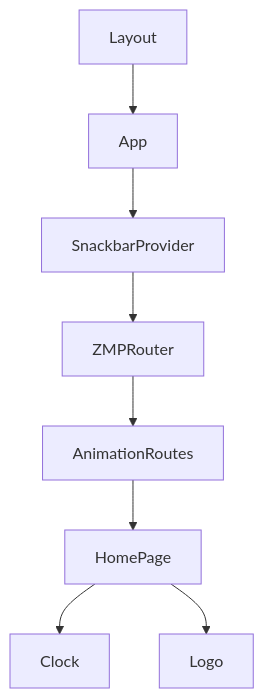
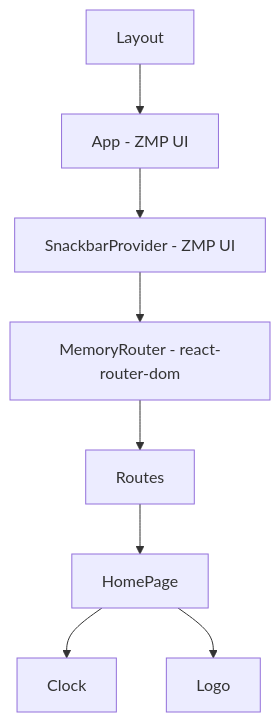
The diagram in base_knowledge/structures/propose/knowledge_react_component.md (minhquan2904/pretty-little-shop-vn), drawn with Mermaid before and after one commit. The commit also changed other lines of this file and 160 other files, not shown here.

````diff
--- a/base_knowledge/structures/propose/knowledge_react_component.md
+++ b/base_knowledge/structures/propose/knowledge_react_component.md
@@ -21,10 +21,10 @@
 ```mermaid
 graph TD
-    L[Layout] --> A[App]
-    A --> SP[SnackbarProvider]
-    SP --> ZR[ZMPRouter]
-    ZR --> AR[AnimationRoutes]
-    AR --> HP[HomePage]
+    L[Layout] --> A[App - ZMP UI]
+    A --> SP[SnackbarProvider - ZMP UI]
+    SP --> MR[MemoryRouter - react-router-dom]
+    MR --> RS[Routes]
+    RS --> HP[HomePage]
     HP --> CL[Clock]
     HP --> LO[Logo]
 ```
````
